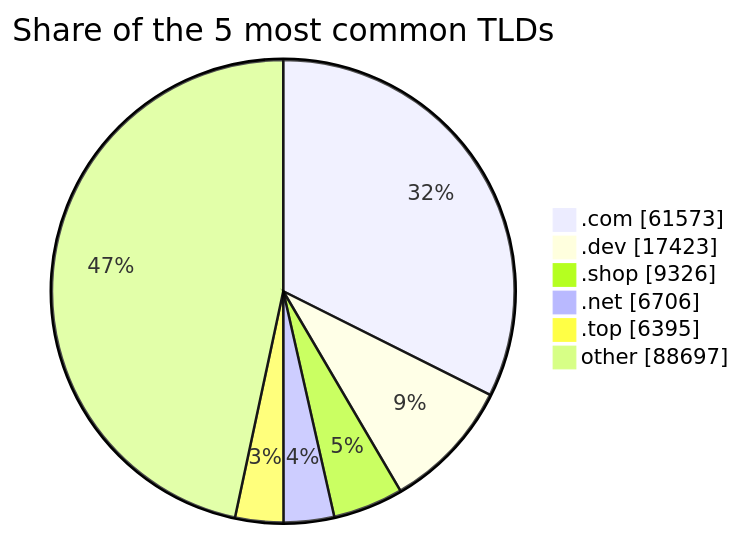
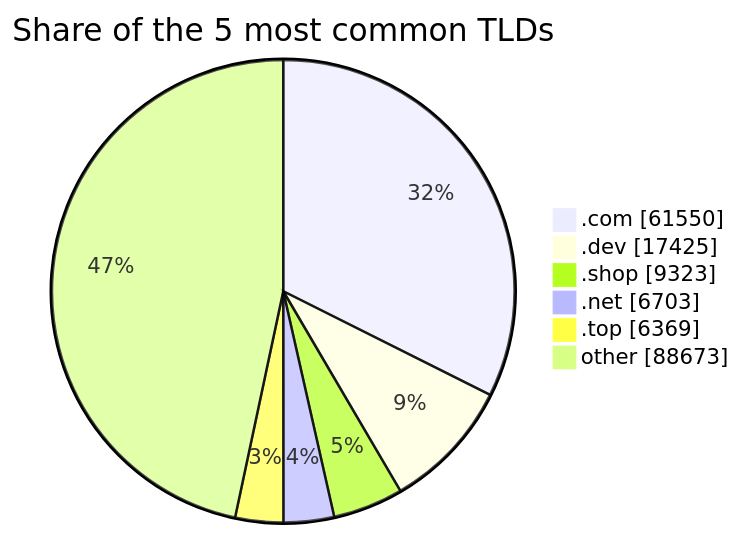
Before and after one commit to DNSBunker/CTI: the third of 3 diagrams in README.md, drawn with Mermaid. The commit also changed other lines of this file and 3 other files, not shown here.

````diff
--- a/README.md
+++ b/README.md
@@ -81,9 +81,9 @@
 ```mermaid
 pie showData title Share of the 5 most common TLDs
-    ".com" : 61573
-    ".dev" : 17423
-    ".shop" : 9326
-    ".net" : 6706
-    ".top" : 6395
-    "other" : 88697
+    ".com" : 61550
+    ".dev" : 17425
+    ".shop" : 9323
+    ".net" : 6703
+    ".top" : 6369
+    "other" : 88673
 ```
````
